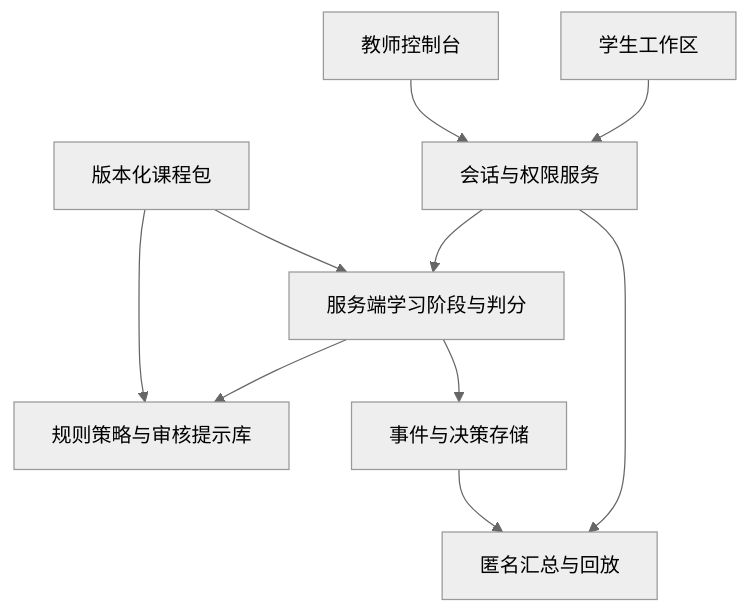
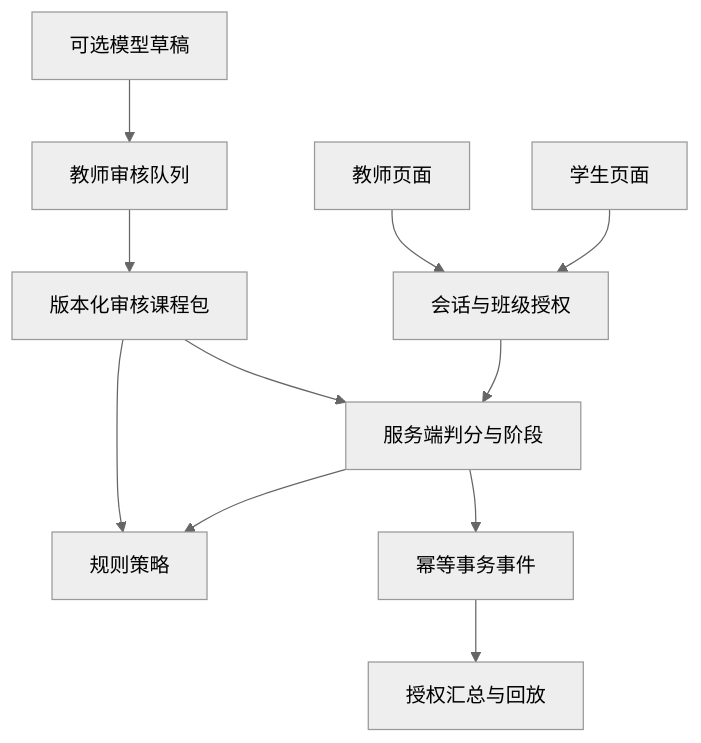
Before and after one commit to LJHSTO/edu-promaic: the second of 2 diagrams in docs/software/architecture.md, drawn with Mermaid (neutral theme). The commit also changed other lines of this file and 16 other files, not shown here.

````diff
--- a/docs/software/architecture.md
+++ b/docs/software/architecture.md
@@ -36,12 +104,13 @@
 ```mermaid
 flowchart TD
-    A[学生工作区] --> B[会话与权限服务]
-    B --> C[服务端学习阶段与判分]
-    C --> D[规则策略与审核提示库]
-    C --> E[事件与决策存储]
-    F[教师控制台] --> B
-    B --> G[匿名汇总与回放]
-    E --> G
-    H[版本化课程包] --> C
-    H --> D
+    S[学生页面] --> A[会话与班级授权]
+    T[教师页面] --> A
+    A --> P[服务端判分与阶段]
+    P --> R[规则策略]
+    P --> E[幂等事务事件]
+    C[版本化审核课程包] --> P
+    C --> R
+    E --> V[授权汇总与回放]
+    M[可选模型草稿] --> H[教师审核队列]
+    H --> C
 ```
````
